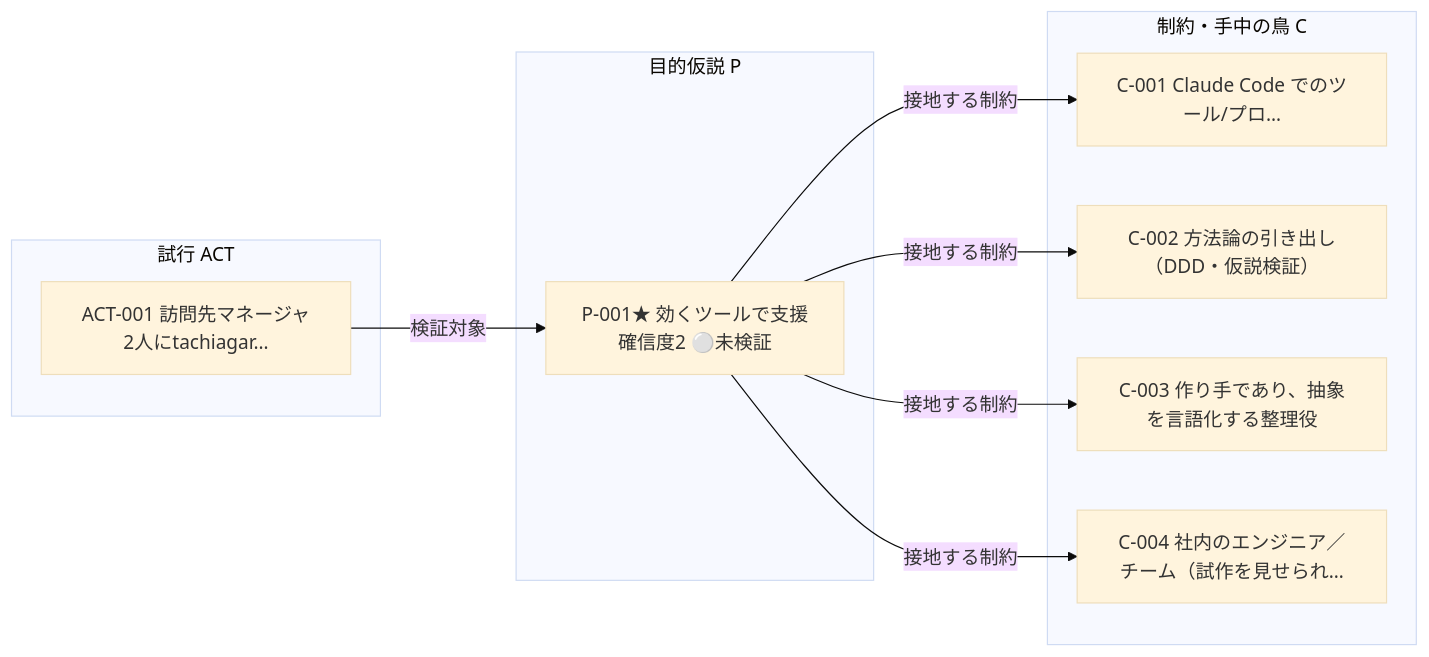
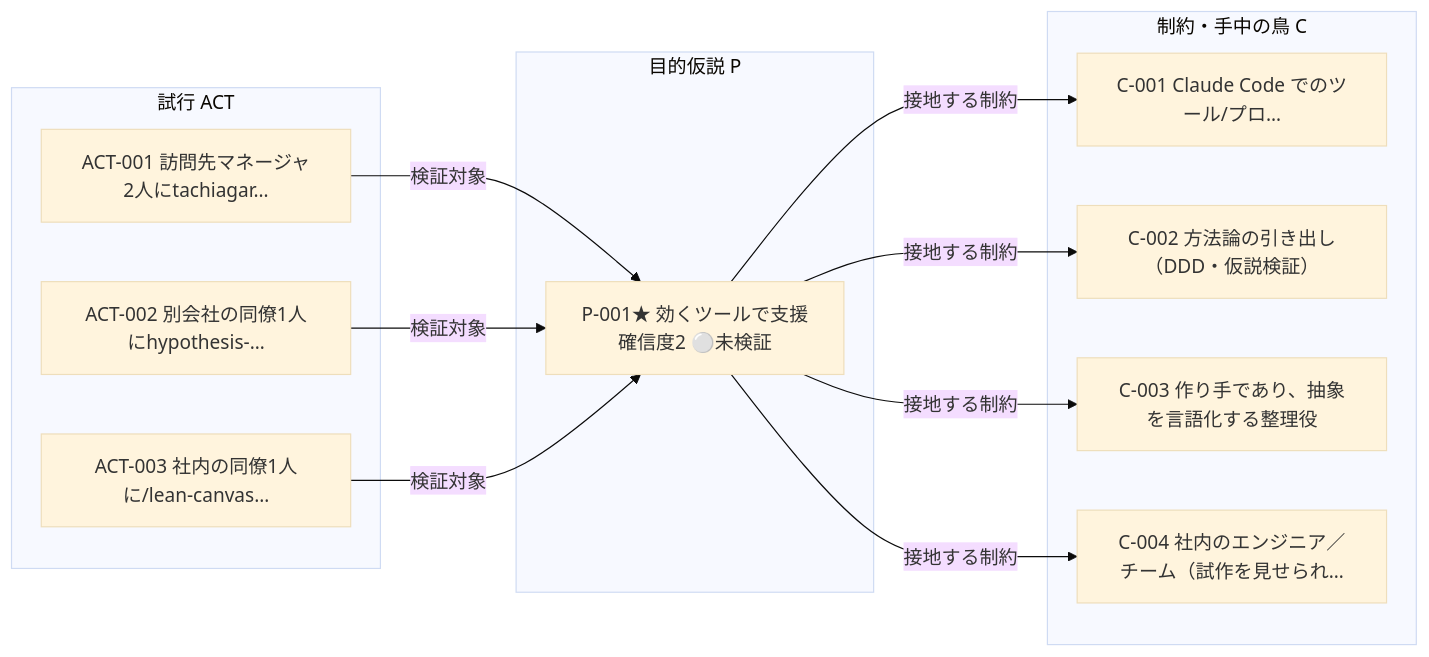
The diagram in projects/self/wiki/views/relations.md (haru01/tachiagari-wiki), drawn with Mermaid (base theme) before and after one commit. The commit also changed other lines of this file and 5 other files, not shown here.

````diff
--- a/projects/self/wiki/views/relations.md
+++ b/projects/self/wiki/views/relations.md
@@ -9,20 +9,24 @@
 ```mermaid
 flowchart LR
     subgraph P["目的仮説 P"]
       SELF_P_001["P-001★ 効くツールで支援<br/>確信度2 ⚪未検証"]
     end
     subgraph C["制約・手中の鳥 C"]
       SELF_C_001["C-001 Claude Code でのツール/プロ…"]
       SELF_C_002["C-002 方法論の引き出し（DDD・仮説検証）"]
       SELF_C_003["C-003 作り手であり、抽象を言語化する整理役"]
       SELF_C_004["C-004 社内のエンジニア／チーム（試作を見せられ…"]
     end
     subgraph ACT["試行 ACT"]
       SELF_ACT_001["ACT-001 訪問先マネージャ2人にtachiagar…"]
+      SELF_ACT_002["ACT-002 別会社の同僚1人にhypothesis-…"]
+      SELF_ACT_003["ACT-003 社内の同僚1人に/lean-canvas…"]
     end
     SELF_P_001 -->|接地する制約| SELF_C_001
     SELF_P_001 -->|接地する制約| SELF_C_002
     SELF_P_001 -->|接地する制約| SELF_C_003
     SELF_P_001 -->|接地する制約| SELF_C_004
     SELF_ACT_001 -->|検証対象| SELF_P_001
+    SELF_ACT_002 -->|検証対象| SELF_P_001
+    SELF_ACT_003 -->|検証対象| SELF_P_001
 ```
````
